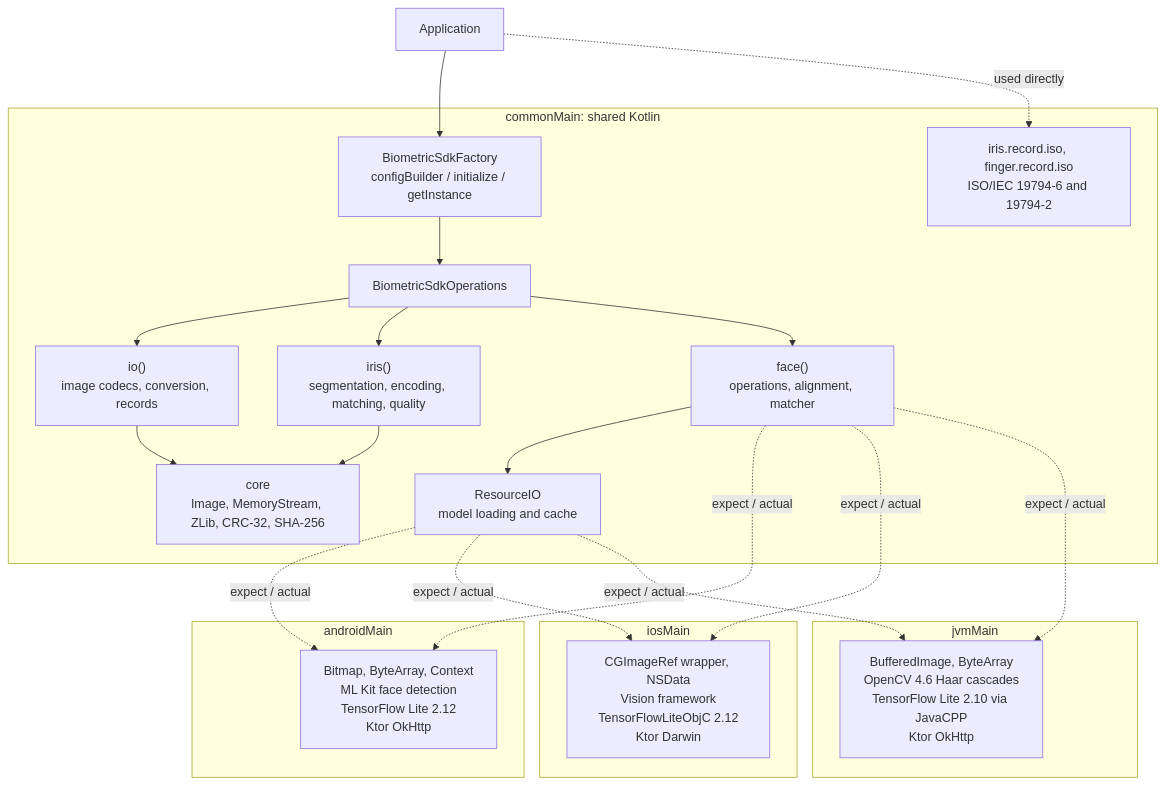
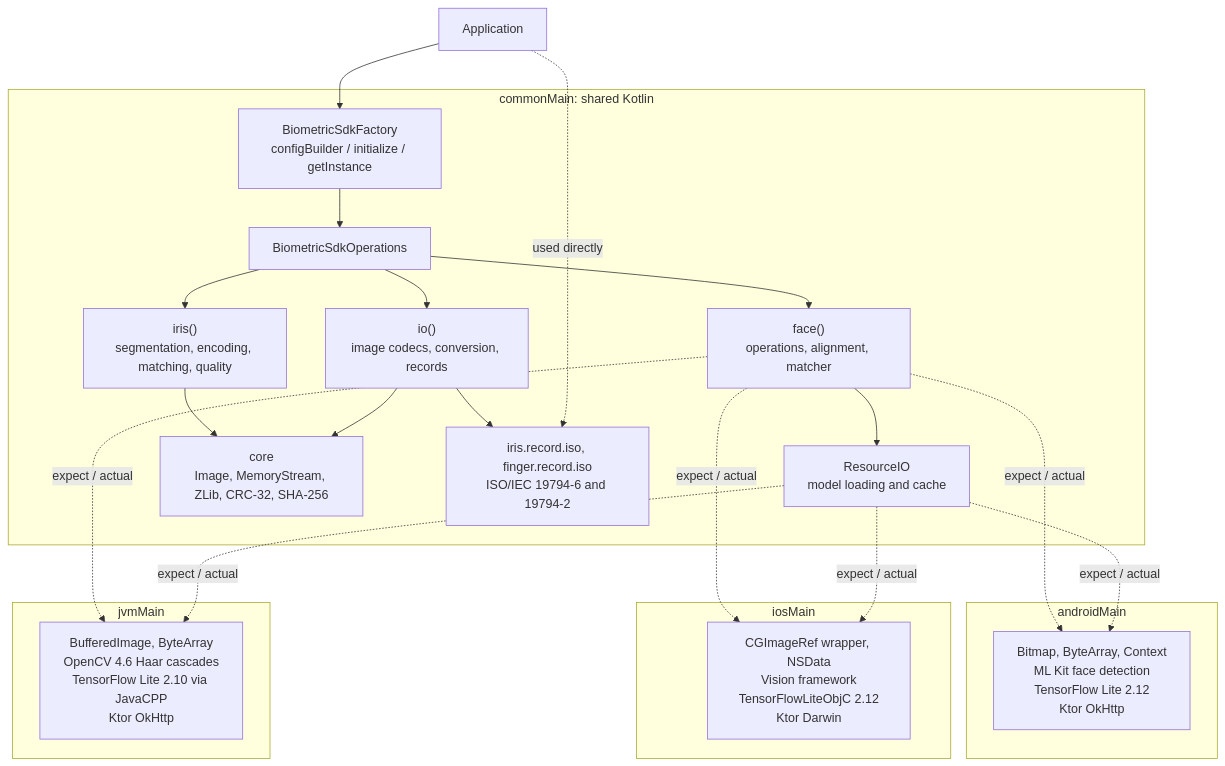
Before and after one commit to biometric-technologies/biometric-sdk: the first of 3 diagrams in readme.md, drawn with Mermaid. The commit also changed other lines of this file and 5 other files, not shown here.

````diff
--- a/readme.md
+++ b/readme.md
@@ -180,37 +180,38 @@
 ```mermaid
 flowchart TD
     APP["Application"]
     subgraph common["commonMain: shared Kotlin"]
         FACTORY["BiometricSdkFactory<br/>configBuilder / initialize / getInstance"]
         OPS["BiometricSdkOperations"]
         IO["io()<br/>image codecs, conversion, records"]
         IRIS["iris()<br/>segmentation, encoding, matching, quality"]
         FACE["face()<br/>operations, alignment, matcher"]
         RES["ResourceIO<br/>model loading and cache"]
         CORE["core<br/>Image, MemoryStream, ZLib, CRC-32, SHA-256"]
         ISO["iris.record.iso, finger.record.iso<br/>ISO/IEC 19794-6 and 19794-2"]
     end
     subgraph android["androidMain"]
         ANDR["Bitmap, ByteArray, Context<br/>ML Kit face detection<br/>TensorFlow Lite 2.12<br/>Ktor OkHttp"]
     end
     subgraph ios["iosMain"]
         IOSN["CGImageRef wrapper, NSData<br/>Vision framework<br/>TensorFlowLiteObjC 2.12<br/>Ktor Darwin"]
     end
     subgraph jvm["jvmMain"]
         JVMN["BufferedImage, ByteArray<br/>OpenCV 4.6 Haar cascades<br/>TensorFlow Lite 2.10 via JavaCPP<br/>Ktor OkHttp"]
     end
     APP --> FACTORY --> OPS
     OPS --> IO
     OPS --> IRIS
     OPS --> FACE
     IRIS --> CORE
     IO --> CORE
+    IO --> ISO
     APP -.->|"used directly"| ISO
     FACE --> RES
     FACE -.->|"expect / actual"| ANDR
     FACE -.->|"expect / actual"| IOSN
     FACE -.->|"expect / actual"| JVMN
     RES -.->|"expect / actual"| ANDR
     RES -.->|"expect / actual"| IOSN
     RES -.->|"expect / actual"| JVMN
 ```
````
